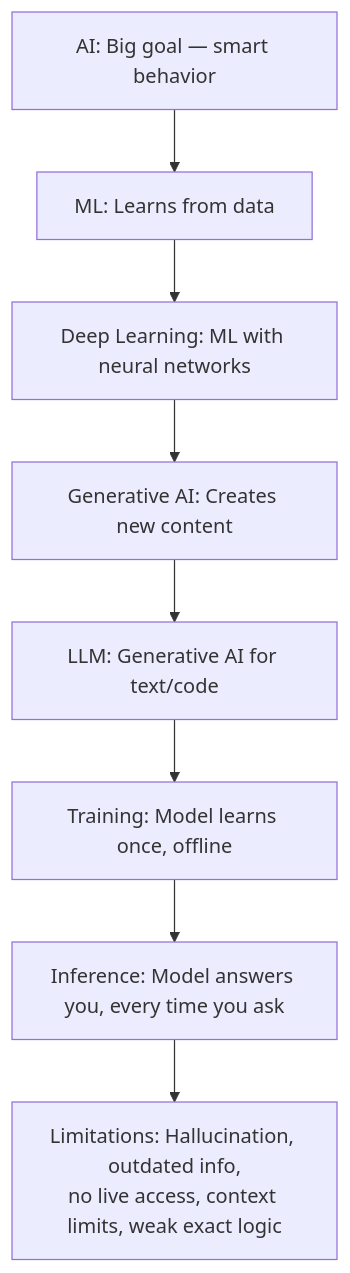
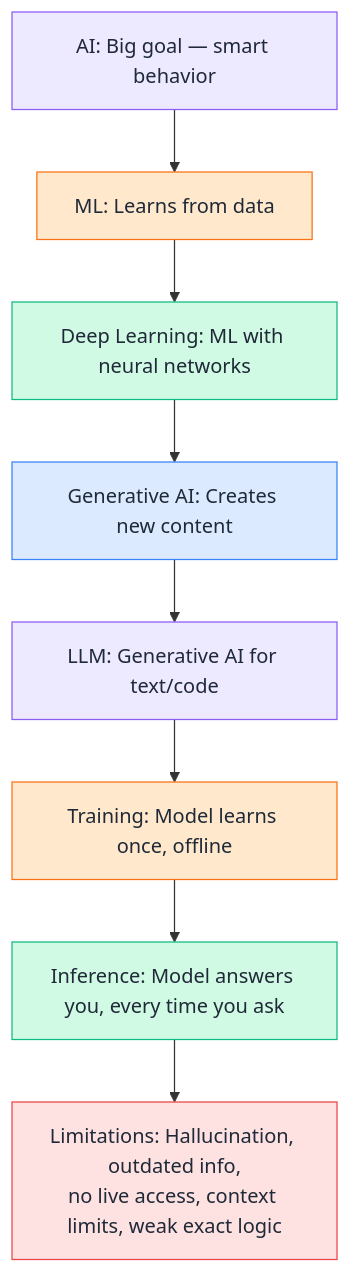
Before and after one commit to saghosh8/AI-For-DevOps: the seventh of 7 diagrams in Week 1 — LLM & GenAI Foundations/Day 1 — AI ML GenAI Basics.md, drawn with Mermaid. The commit also changed other lines of this file, not shown here.

````diff
--- a/Week 1 — LLM & GenAI Foundations/Day 1 — AI ML GenAI Basics.md
+++ b/Week 1 — LLM & GenAI Foundations/Day 1 — AI ML GenAI Basics.md
@@ -141,10 +215,25 @@
 ```mermaid
 flowchart TD
     A["AI: Big goal — smart behavior"] --> B["ML: Learns from data"]
     B --> C["Deep Learning: ML with neural networks"]
     C --> D["Generative AI: Creates new content"]
     D --> E["LLM: Generative AI for text/code"]
     E --> F["Training: Model learns once, offline"]
     F --> G["Inference: Model answers you, every time you ask"]
     G --> H["Limitations: Hallucination, outdated info,\nno live access, context limits, weak exact logic"]
+
+    classDef purple fill:#EDE9FE,stroke:#8B5CF6,color:#1F2937
+    classDef orange fill:#FFE8CC,stroke:#F97316,color:#1F2937
+    classDef green fill:#D1FAE5,stroke:#10B981,color:#1F2937
+    classDef blue fill:#DBEAFE,stroke:#3B82F6,color:#1F2937
+    classDef red fill:#FEE2E2,stroke:#EF4444,color:#1F2937
+
+    class A purple
+    class B orange
+    class C green
+    class D blue
+    class E purple
+    class F orange
+    class G green
+    class H red
 ```
````
